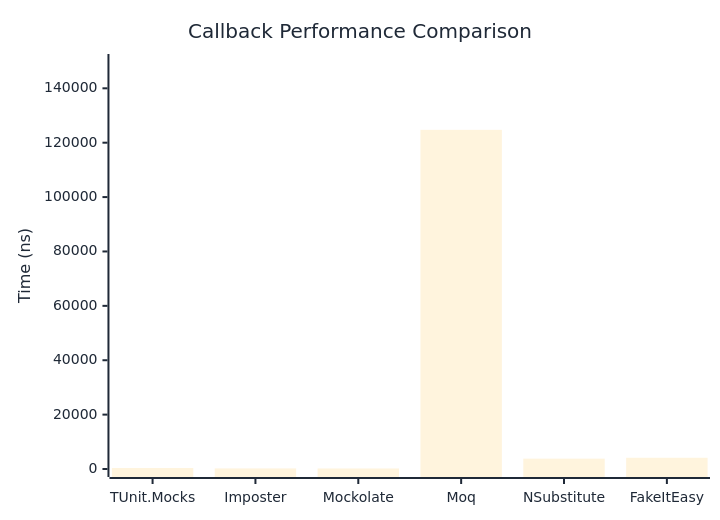
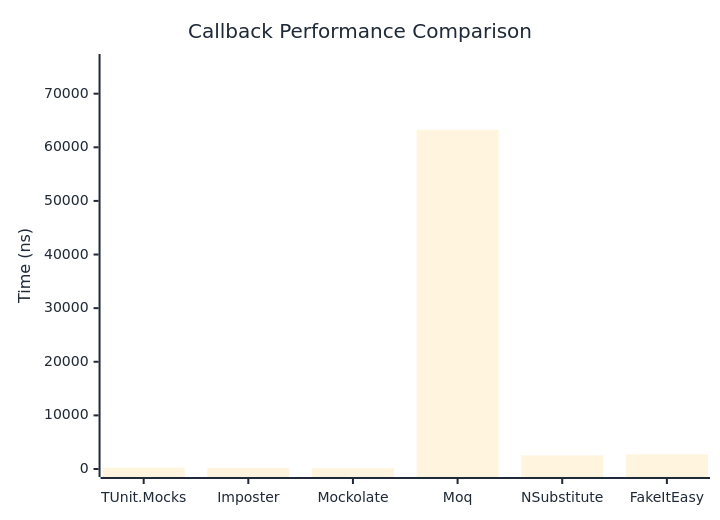
The first of 2 diagrams in docs/docs/benchmarks/mocks/Callback.md (thomhurst/TUnit), drawn with Mermaid before and after one commit. The commit also changed other lines of this file and 14 other files, not shown here.

````diff
--- a/docs/docs/benchmarks/mocks/Callback.md
+++ b/docs/docs/benchmarks/mocks/Callback.md
@@ -30,27 +30,27 @@
 ```mermaid
 %%{init: {
   'theme':'base',
   'themeVariables': {
     'primaryColor': '#2563eb',
     'primaryTextColor': '#1f2937',
     'primaryBorderColor': '#1e40af',
     'lineColor': '#6b7280',
     'secondaryColor': '#7c3aed',
     'tertiaryColor': '#dc2626',
     'background': '#ffffff',
     'pie1': '#2563eb',
     'pie2': '#7c3aed',
     'pie3': '#dc2626',
     'pie4': '#f59e0b',
     'pie5': '#10b981',
     'pie6': '#06b6d4',
     'pie7': '#ec4899',
     'pie8': '#6366f1'
   }
 }}%%
 xychart-beta
   title "Callback Performance Comparison"
   x-axis ["TUnit.Mocks", "Imposter", "Mockolate", "Moq", "NSubstitute", "FakeItEasy"]
-  y-axis "Time (ns)" 0 --> 149676
-  bar [368.7, 218.7, 194.5, 124729.4, 3813.3, 4134]
+  y-axis "Time (ns)" 0 --> 75909
+  bar [244.5, 172.1, 150.4, 63257.5, 2534.8, 2726.4]
 ```
````
